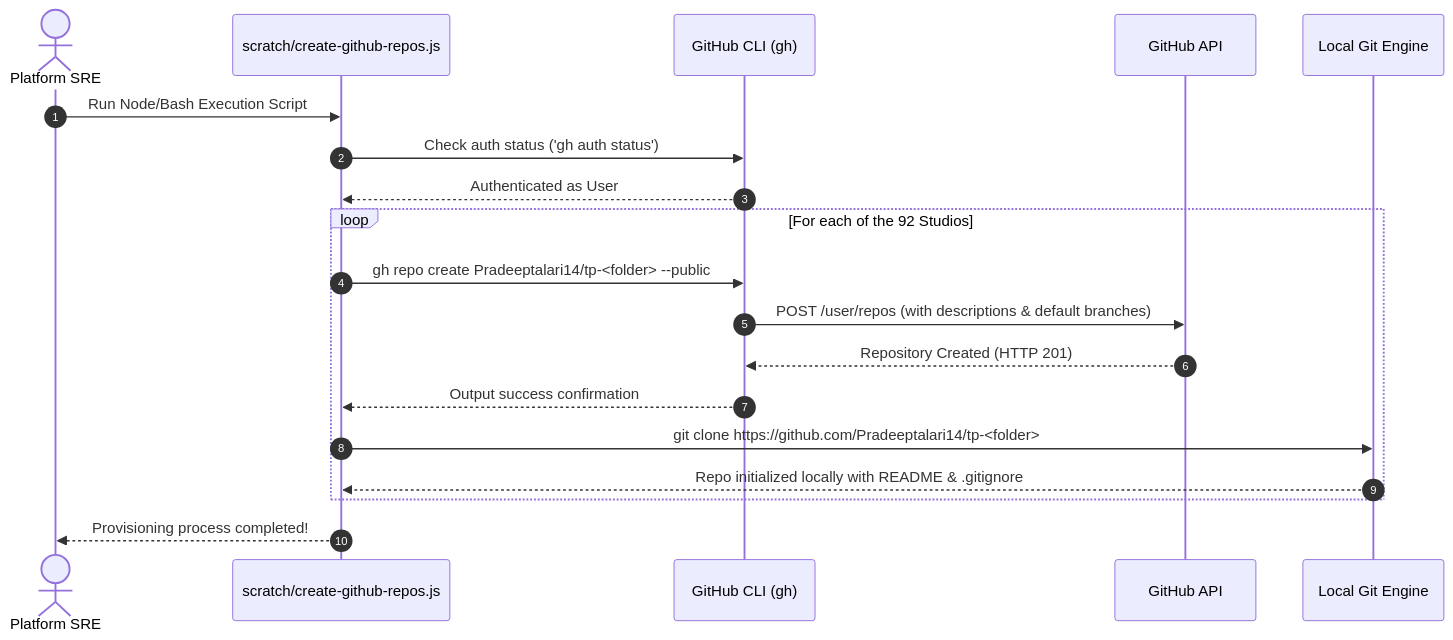
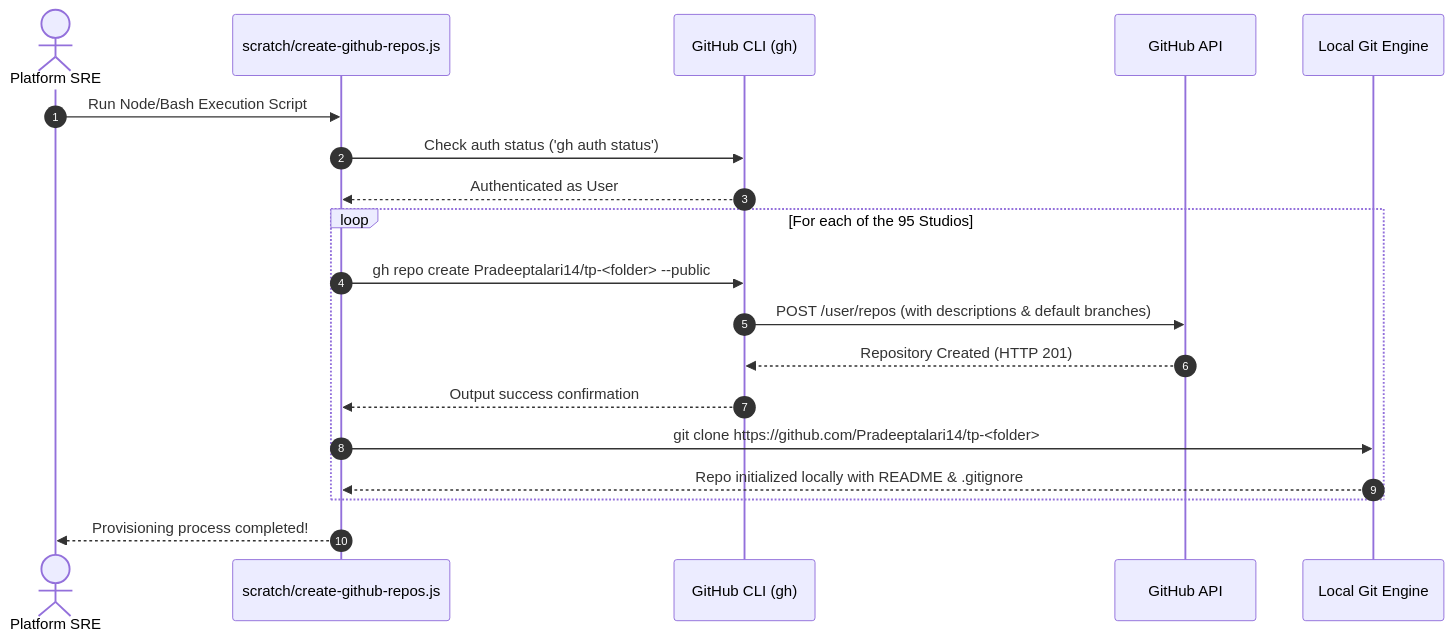
One commit to Pradeeptalari14/portfolio changed the first of 2 diagrams in GITHUB_PROVISIONING_GUIDE.md. Above: the diagram before and after it, drawn with Mermaid. The commit also changed other lines of this file and 15 other files, not shown here.

````diff
--- a/GITHUB_PROVISIONING_GUIDE.md
+++ b/GITHUB_PROVISIONING_GUIDE.md
@@ -25,22 +25,22 @@
 ```mermaid
 sequenceDiagram
     autonumber
     actor Engineer as Platform SRE
     participant Script as scratch/create-github-repos.js
     participant gh as GitHub CLI (gh)
     participant API as GitHub API
     participant Git as Local Git Engine
 
     Engineer->>Script: Run Node/Bash Execution Script
     Script->>gh: Check auth status ('gh auth status')
     gh-->>Script: Authenticated as User
-    loop For each of the 92 Studios
+    loop For each of the 95 Studios
         Script->>gh: gh repo create Pradeeptalari14/tp-<folder> --public
         gh->>API: POST /user/repos (with descriptions & default branches)
         API-->>gh: Repository Created (HTTP 201)
         gh-->>Script: Output success confirmation
         Script->>Git: git clone https://github.com/Pradeeptalari14/tp-<folder>
         Git-->>Script: Repo initialized locally with README & .gitignore
     end
     Script-->>Engineer: Provisioning process completed!
 ```
````
